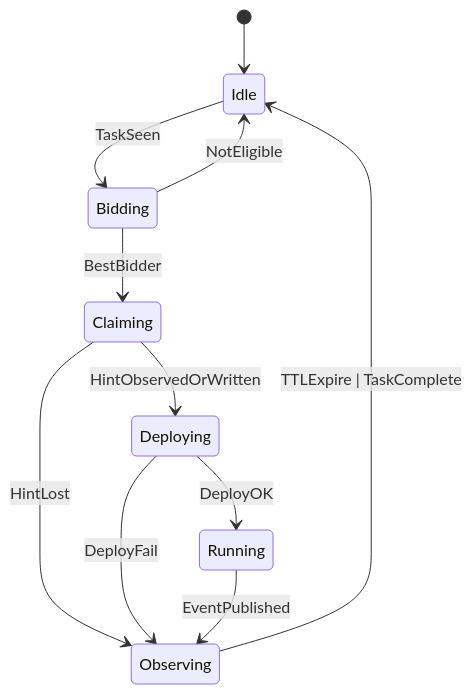
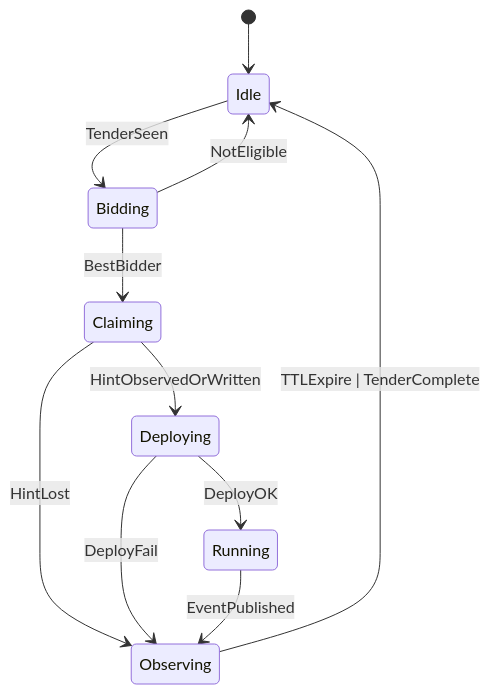
The second of 3 diagrams in machineplane-spec.md (beemesh/beemesh), drawn with Mermaid before and after one commit. The commit also changed other lines of this file and 6 other files, not shown here.

````diff
--- a/machineplane-spec.md
+++ b/machineplane-spec.md
@@ -96,13 +96,13 @@
 ```mermaid
 stateDiagram-v2
   [*] --> Idle
-  Idle --> Bidding: TaskSeen
+  Idle --> Bidding: TenderSeen
   Bidding --> Idle: NotEligible
   Bidding --> Claiming: BestBidder
   Claiming --> Deploying: HintObservedOrWritten
   Claiming --> Observing: HintLost
   Deploying --> Running: DeployOK
   Deploying --> Observing: DeployFail
   Running --> Observing: EventPublished
-  Observing --> Idle: TTLExpire | TaskComplete
+  Observing --> Idle: TTLExpire | TenderComplete
 ```
````
